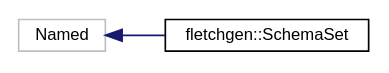
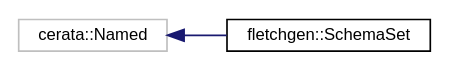
The diagram in api/fletchgen/inherit_graph_11.dot (abs-tudelft/fletcher), drawn with Graphviz before and after one commit. The commit also changed 506 other files, not shown here.

```diff
--- a/api/fletchgen/inherit_graph_11.dot
+++ b/api/fletchgen/inherit_graph_11.dot
@@ -1,10 +1,10 @@
 digraph "Graphical Class Hierarchy"
 {
  // LATEX_PDF_SIZE
   edge [fontname="Helvetica",fontsize="10",labelfontname="Helvetica",labelfontsize="10"];
   node [fontname="Helvetica",fontsize="10",shape=record];
   rankdir="LR";
-  Node3 [label="Named",height=0.2,width=0.4,color="grey75", fillcolor="white", style="filled",tooltip=" "];
-  Node3 -> Node0 [dir="back",color="midnightblue",fontsize="10",style="solid",fontname="Helvetica"];
+  Node11 [label="cerata::Named",height=0.2,width=0.4,color="grey75", fillcolor="white", style="filled",tooltip=" "];
+  Node11 -> Node0 [dir="back",color="midnightblue",fontsize="10",style="solid",fontname="Helvetica"];
   Node0 [label="fletchgen::SchemaSet",height=0.2,width=0.4,color="black", fillcolor="white", style="filled",URL="$classfletchgen_1_1_schema_set.html",tooltip="A named set of schemas."];
 }
```
